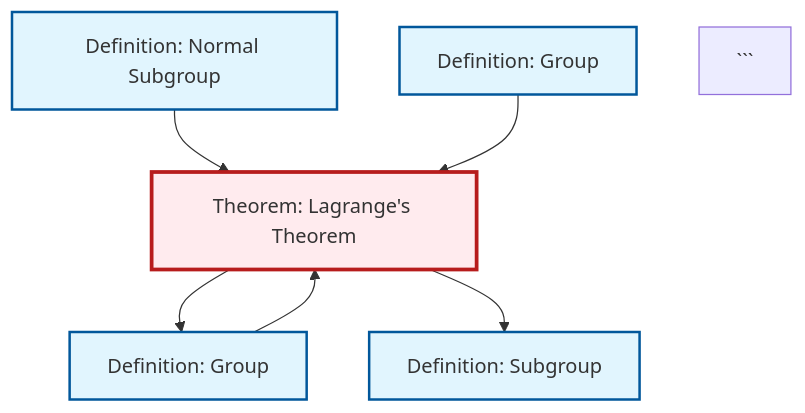
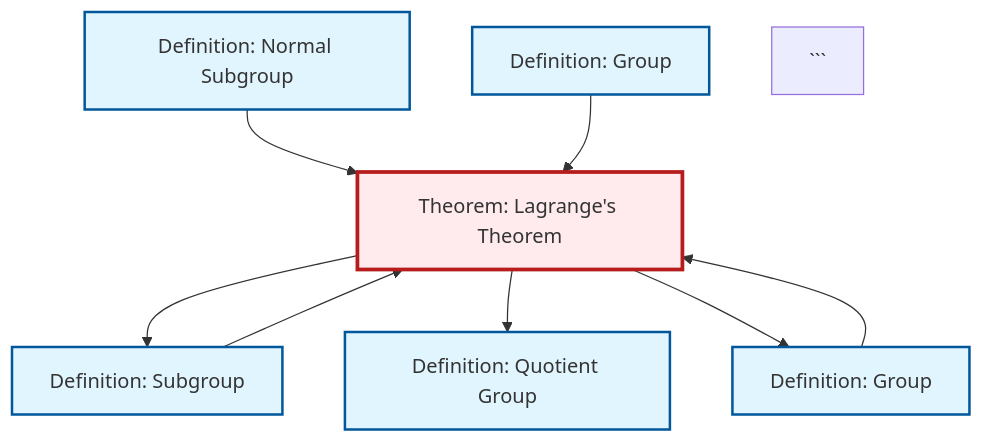
The diagram in output/mermaid/thm-lagrange.mermaid (RK0429/ModernMath), drawn with Mermaid before and after one commit. The commit also changed 433 other files, not shown here.

````diff
--- a/output/mermaid/thm-lagrange.mermaid
+++ b/output/mermaid/thm-lagrange.mermaid
@@ -1,19 +1,22 @@
 %%| fig-cap: "Local dependency graph"
 graph TD
     classDef definition fill:#e1f5fe,stroke:#01579b,stroke-width:2px
     classDef theorem fill:#f3e5f5,stroke:#4a148c,stroke-width:2px
     classDef axiom fill:#fff3e0,stroke:#e65100,stroke-width:2px
     classDef example fill:#e8f5e9,stroke:#1b5e20,stroke-width:2px
     classDef current fill:#ffebee,stroke:#b71c1c,stroke-width:3px
+    def-group-example["Definition: Group"]:::definition
     def-subgroup["Definition: Subgroup"]:::definition
-    def-group-example["Definition: Group"]:::definition
+    def-normal-subgroup["Definition: Normal Subgroup"]:::definition
     def-group["Definition: Group"]:::definition
-    def-normal-subgroup["Definition: Normal Subgroup"]:::definition
     thm-lagrange["Theorem: Lagrange's Theorem"]:::theorem
+    def-quotient-group["Definition: Quotient Group"]:::definition
+    def-group --> thm-lagrange
+    def-normal-subgroup --> thm-lagrange
+    thm-lagrange --> def-subgroup
+    thm-lagrange --> def-quotient-group
     thm-lagrange --> def-group
-    def-normal-subgroup --> thm-lagrange
-    def-group --> thm-lagrange
-    thm-lagrange --> def-subgroup
     def-group-example --> thm-lagrange
+    def-subgroup --> thm-lagrange
     class thm-lagrange current
 ```
````
